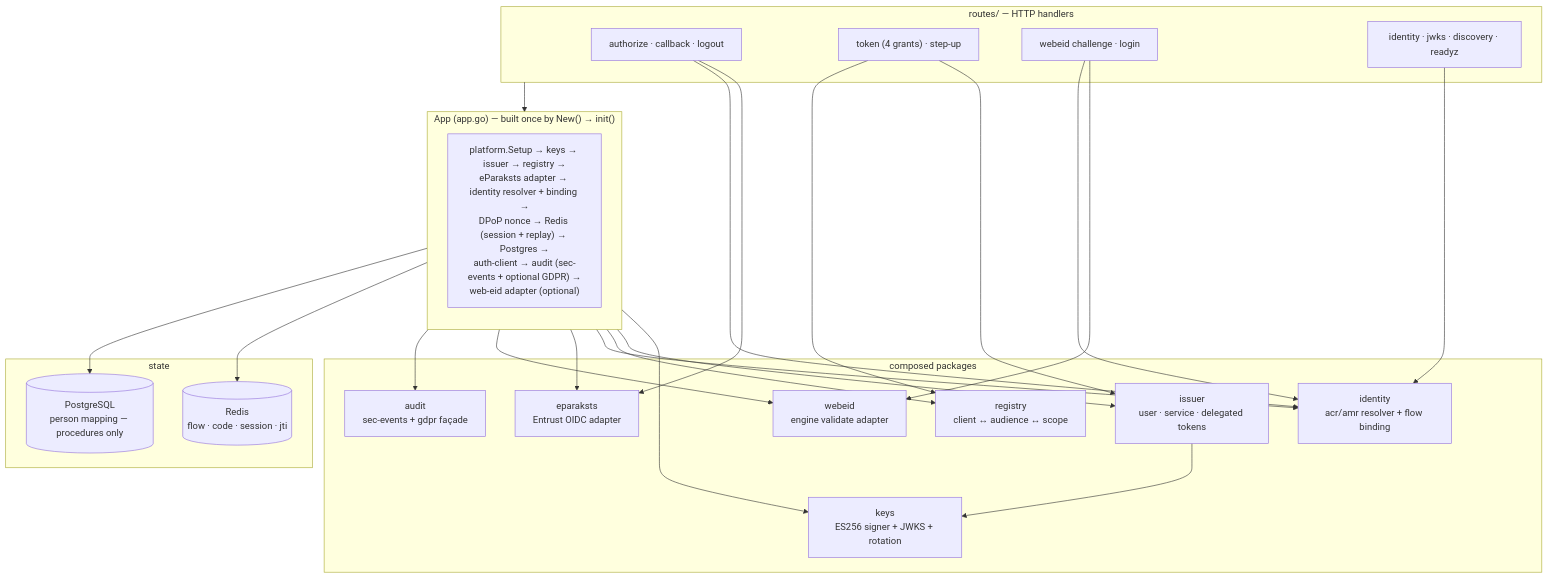
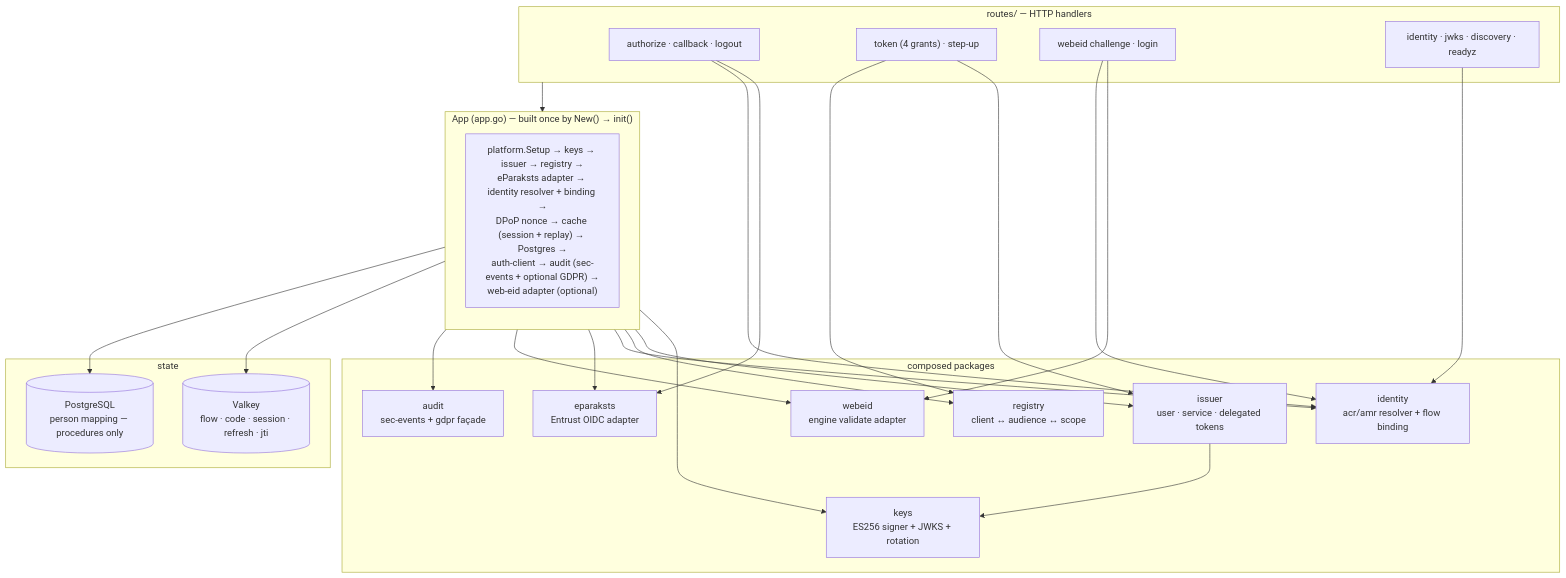
One commit to go-make-bytes/authbyte changed the second of 3 diagrams in README.md. Above: the diagram before and after it, drawn with Mermaid. The commit also changed other lines of this file and 30 other files, not shown here.

Commit message:
Give the refresh token its own value, end sessions server to server, keep sessions in the application cache

````diff
--- a/README.md
+++ b/README.md
@@ -174,38 +175,38 @@
 ```mermaid
 flowchart TB
     subgraph App["App (app.go) — built once by New() → init()"]
         direction TB
-        Init["platform.Setup → keys → issuer → registry →<br/>eParaksts adapter → identity resolver + binding →<br/>DPoP nonce → Redis (session + replay) → Postgres →<br/>auth-client → audit (sec-events + optional GDPR) →<br/>web-eid adapter (optional)"]
+        Init["platform.Setup → keys → issuer → registry →<br/>eParaksts adapter → identity resolver + binding →<br/>DPoP nonce → cache (session + replay) → Postgres →<br/>auth-client → audit (sec-events + optional GDPR) →<br/>web-eid adapter (optional)"]
     end
 
     subgraph Routes["routes/ — HTTP handlers"]
         AZ["authorize · callback · logout"]
         TK["token (4 grants) · step-up"]
         WB["webeid challenge · login"]
         ID["identity · jwks · discovery · readyz"]
     end
 
     subgraph Comp["composed packages"]
         KEYS["keys<br/>ES256 signer + JWKS + rotation"]
         ISS["issuer<br/>user · service · delegated tokens"]
         REG["registry<br/>client ↔ audience ↔ scope"]
         IDN["identity<br/>acr/amr resolver + flow binding"]
         EPA["eparaksts<br/>Entrust OIDC adapter"]
         WEB["webeid<br/>engine validate adapter"]
         AUD["audit<br/>sec-events + gdpr façade"]
     end
 
     subgraph State["state"]
-        RD[(Redis<br/>flow · code · session · jti)]
+        RD[(Valkey<br/>flow · code · session · refresh · jti)]
         PG[(PostgreSQL<br/>person mapping — procedures only)]
     end
 
     Routes --> App
     TK --> ISS & REG
     AZ --> EPA & IDN
     WB --> WEB & IDN
     ID --> IDN
     App --> KEYS & ISS & REG & IDN & EPA & WEB & AUD
     App --> RD & PG
     ISS --> KEYS
 ```
````
